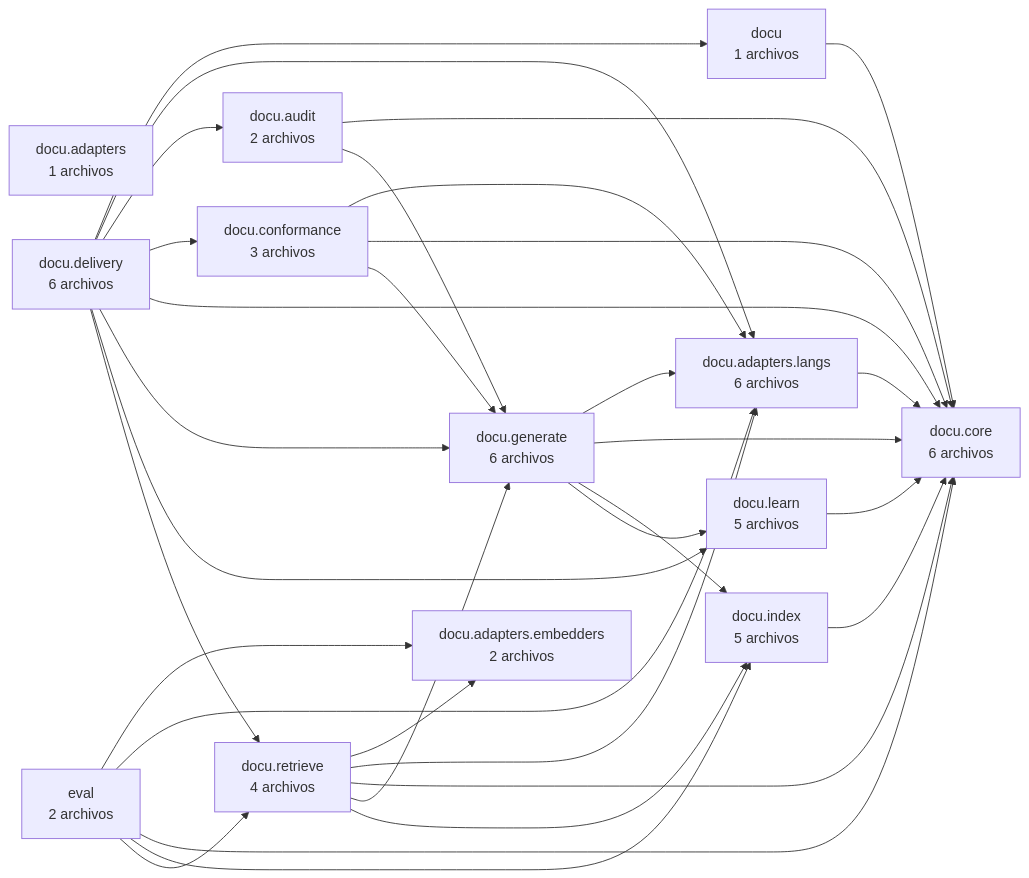
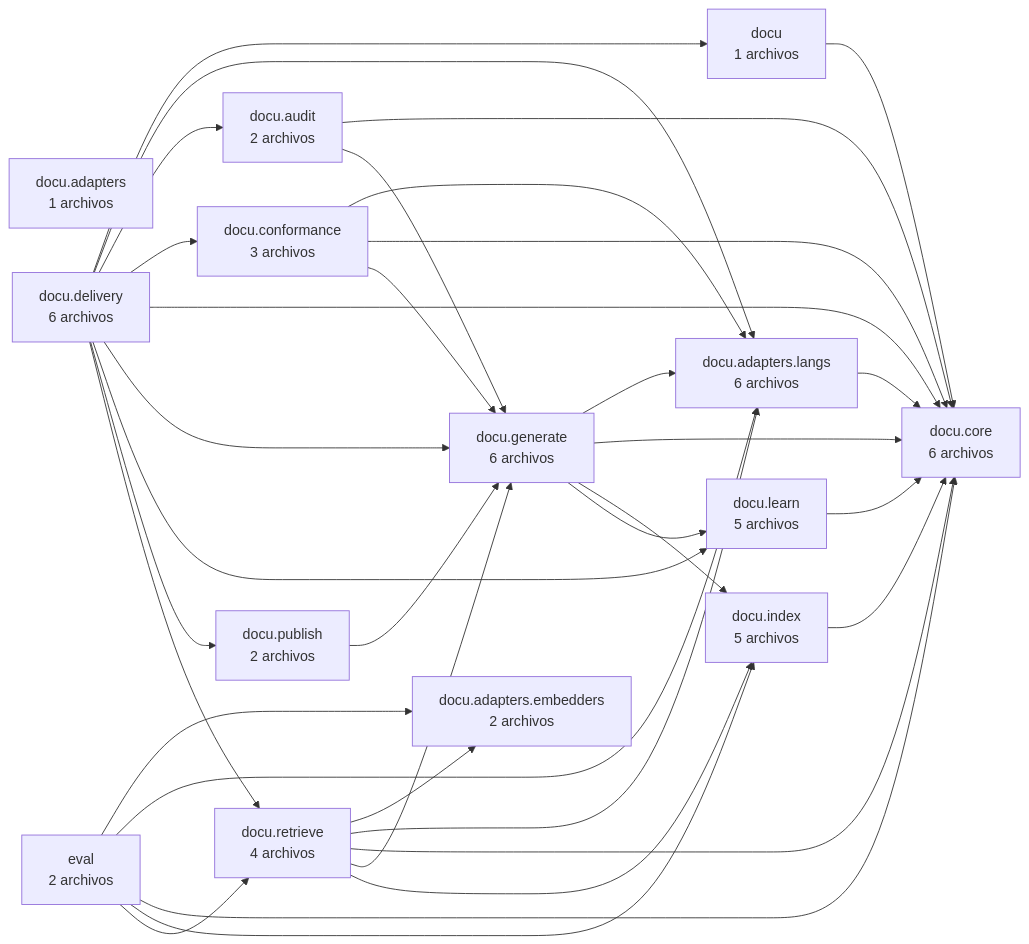
One commit to CharlyZeta/Docu changed the first of 5 diagrams in docs/generated/l1-manual-tecnico.md. Above: the diagram before and after it, drawn with Mermaid. The commit also changed other lines of this file and 12 other files, not shown here.

````diff
--- a/docs/generated/l1-manual-tecnico.md
+++ b/docs/generated/l1-manual-tecnico.md
@@ -37,47 +38,50 @@
 ```mermaid
 flowchart LR
     docu["docu<br/>1 archivos"]
     docu_adapters["docu.adapters<br/>1 archivos"]
     docu_adapters_embedders["docu.adapters.embedders<br/>2 archivos"]
     docu_adapters_langs["docu.adapters.langs<br/>6 archivos"]
     docu_audit["docu.audit<br/>2 archivos"]
     docu_conformance["docu.conformance<br/>3 archivos"]
     docu_core["docu.core<br/>6 archivos"]
     docu_delivery["docu.delivery<br/>6 archivos"]
     docu_generate["docu.generate<br/>6 archivos"]
     docu_index["docu.index<br/>5 archivos"]
     docu_learn["docu.learn<br/>5 archivos"]
+    docu_publish["docu.publish<br/>2 archivos"]
     docu_retrieve["docu.retrieve<br/>4 archivos"]
     eval["eval<br/>2 archivos"]
     docu --> docu_core
     docu_adapters_langs --> docu_core
     docu_audit --> docu_core
     docu_audit --> docu_generate
     docu_conformance --> docu_adapters_langs
     docu_conformance --> docu_core
     docu_conformance --> docu_generate
     docu_delivery --> docu
     docu_delivery --> docu_adapters_langs
     docu_delivery --> docu_audit
     docu_delivery --> docu_conformance
     docu_delivery --> docu_core
     docu_delivery --> docu_generate
     docu_delivery --> docu_learn
+    docu_delivery --> docu_publish
     docu_delivery --> docu_retrieve
     docu_generate --> docu_adapters_langs
     docu_generate --> docu_core
     docu_generate --> docu_index
     docu_generate --> docu_learn
     docu_index --> docu_core
     docu_learn --> docu_core
+    docu_publish --> docu_generate
     docu_retrieve --> docu_adapters_embedders
     docu_retrieve --> docu_adapters_langs
     docu_retrieve --> docu_core
     docu_retrieve --> docu_generate
     docu_retrieve --> docu_index
     eval --> docu_adapters_embedders
     eval --> docu_adapters_langs
     eval --> docu_core
     eval --> docu_index
     eval --> docu_retrieve
 ```
````
